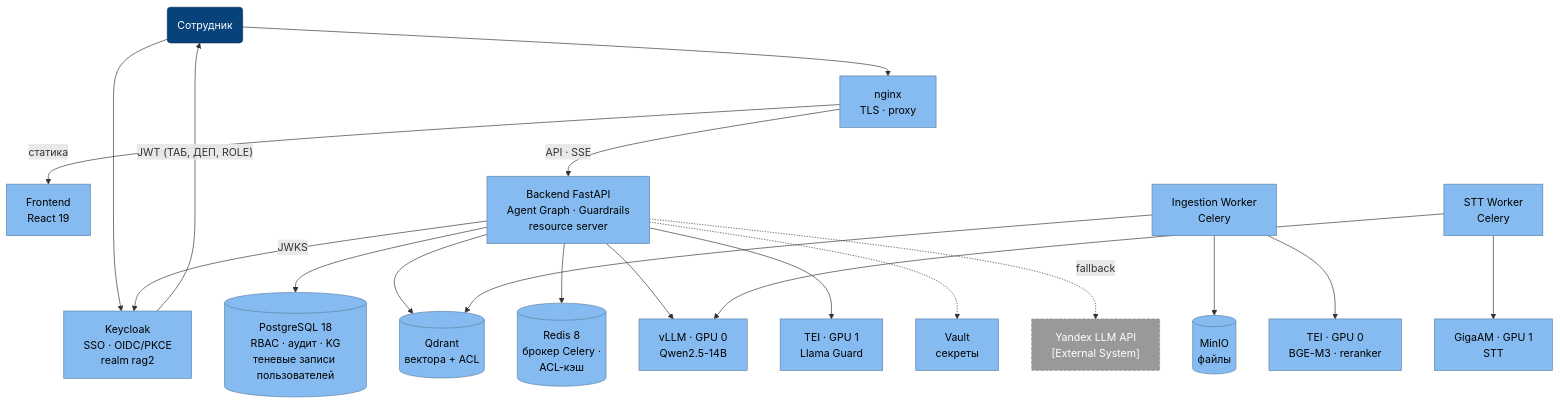
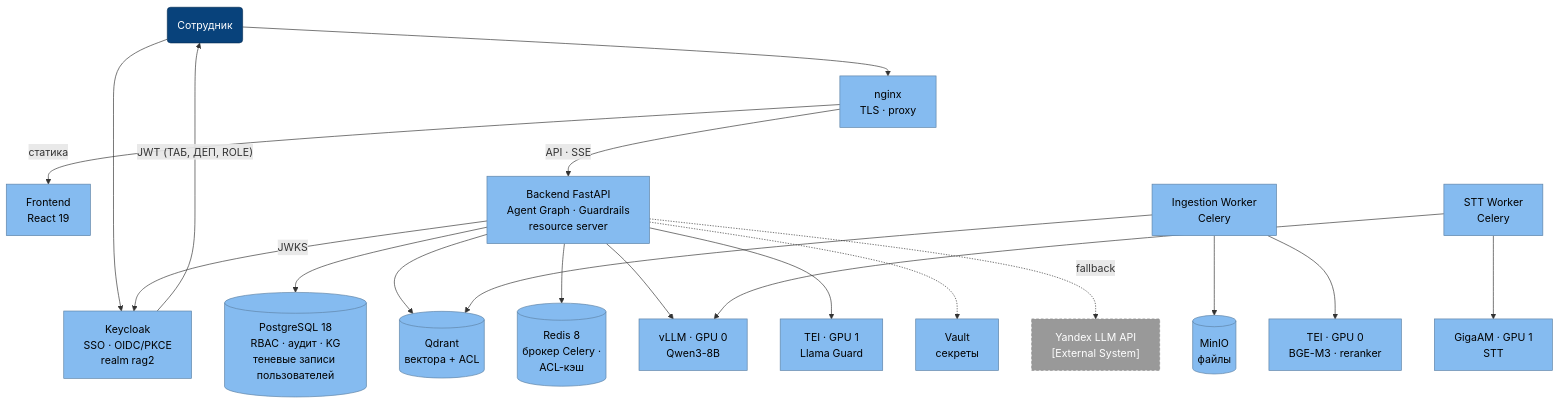
One commit to VladislavK777/ai_rag2_assistant changed the diagram in docs/c4/02_C4_Container.md. Above: the diagram before and after it, drawn with Mermaid. The commit also changed 7 other files, not shown here.

````diff
--- a/docs/c4/02_C4_Container.md
+++ b/docs/c4/02_C4_Container.md
@@ -7,45 +7,45 @@
 ```mermaid
 flowchart TB
     classDef person fill:#08427B,stroke:#052E56,color:#fff
     classDef container fill:#85BBF0,stroke:#5D82A6,color:#000
     classDef db fill:#85BBF0,stroke:#5D82A6,color:#000
     classDef external fill:#999999,stroke:#8A8A8A,color:#fff,stroke-dasharray:4 3
 
     U("Сотрудник"):::person --> KC["Keycloak<br/>SSO · OIDC/PKCE<br/>realm rag2"]:::container
     KC -->|"JWT (ТАБ, ДЕП, ROLE)"| U
     U --> NG["nginx<br/>TLS · proxy"]:::container
     NG -->|"статика"| FE["Frontend<br/>React 19"]:::container
     NG -->|"API · SSE"| API["Backend FastAPI<br/>Agent Graph · Guardrails<br/>resource server"]:::container
     NG ~~~ ING
     NG ~~~ STT
 
     ING["Ingestion Worker<br/>Celery"]:::container
     STT["STT Worker<br/>Celery"]:::container
 
     PG[("PostgreSQL 18<br/>RBAC · аудит · KG<br/>теневые записи пользователей")]:::db
     QD[("Qdrant<br/>вектора + ACL")]:::db
     S3[("MinIO<br/>файлы")]:::db
     RDS[("Redis 8<br/>брокер Celery ·<br/>ACL-кэш")]:::db
-    LLM["vLLM · GPU 0<br/>Qwen2.5-14B"]:::container
+    LLM["vLLM · GPU 0<br/>Qwen3-8B"]:::container
     EMB["TEI · GPU 0<br/>BGE-M3 · reranker"]:::container
     GUA["TEI · GPU 1<br/>Llama Guard"]:::container
     STTG["GigaAM · GPU 1<br/>STT"]:::container
     VLT["Vault<br/>секреты"]:::container
 
     API -->|"JWKS"| KC
     API --> PG
     API --> QD
     API --> RDS
     API --> LLM
     API --> GUA
 
     ING --> S3
     ING --> EMB
     ING --> QD
 
     STT --> STTG
     STT --> LLM
 
     API -.-> VLT
     API -.->|"fallback"| YAN["Yandex LLM API<br/>[External System]"]:::external
 ```
````
